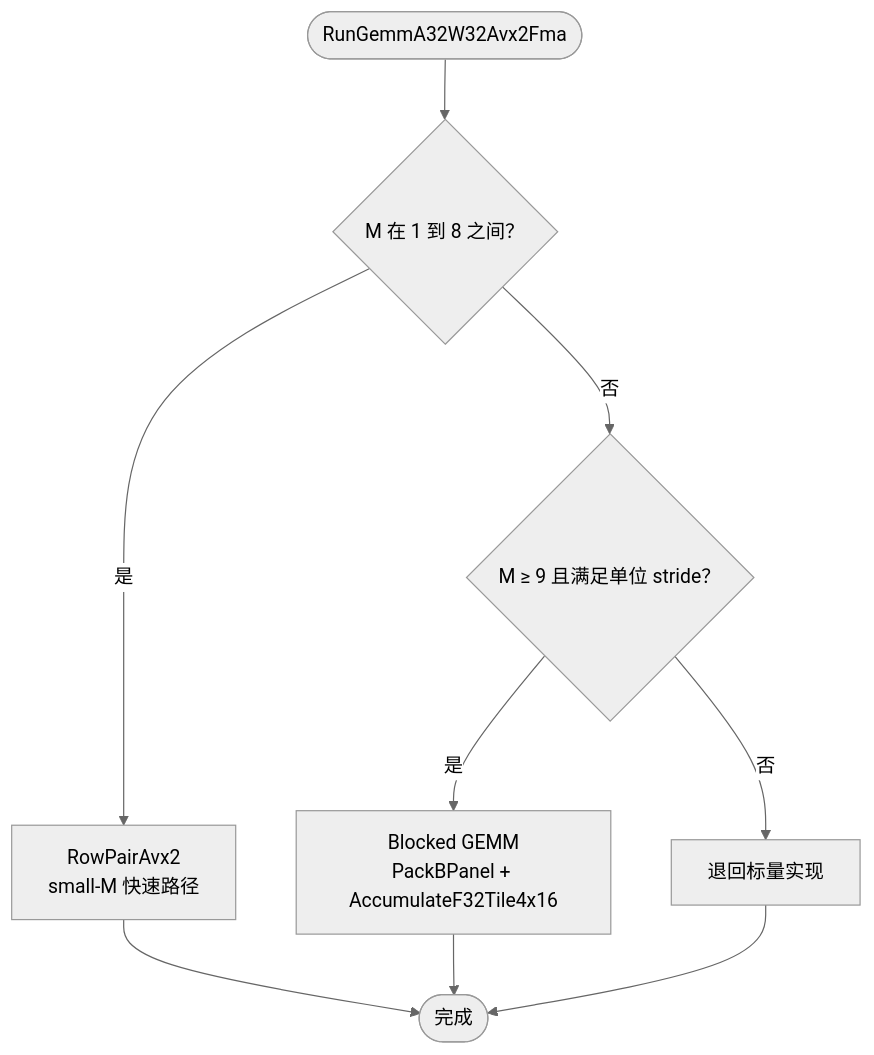
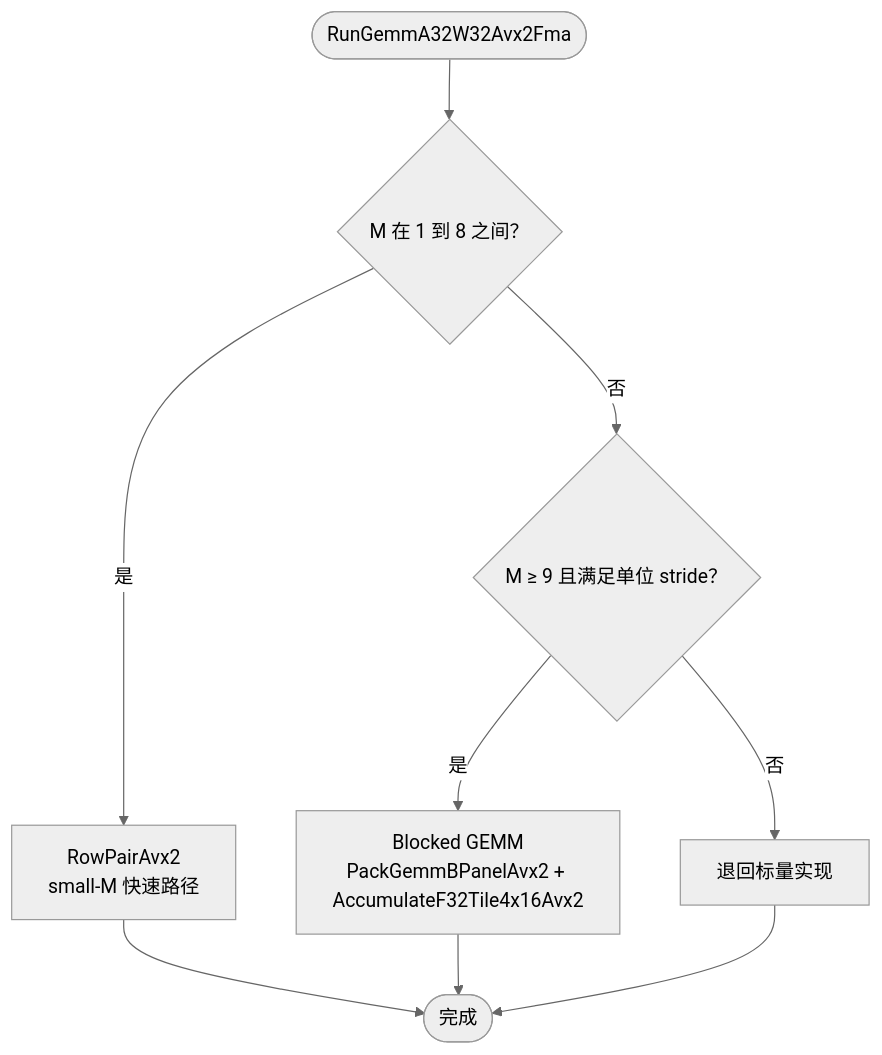
The seventh of 13 diagrams in docs/handbook/核心模块设计/算子系统 (Operators)/线性变换算子.md (fengjiran/AetherMind), drawn with Mermaid (neutral theme) before and after one commit. The commit also changed other lines of this file and 2 other files, not shown here.

Commit message:
docs: update GEMM packed-weight references

````diff
--- a/docs/handbook/核心模块设计/算子系统 (Operators)/线性变换算子.md
+++ b/docs/handbook/核心模块设计/算子系统 (Operators)/线性变换算子.md
@@ -298,11 +298,11 @@
 ```mermaid
 flowchart TD
     Enter(["RunGemmA32W32Avx2Fma"]) --> SmallM{"M 在 1 到 8 之间？"}
     SmallM -->|是| RowPair["RowPairAvx2<br/>small-M 快速路径"]
     SmallM -->|否| LargeM{"M ≥ 9 且满足单位 stride？"}
-    LargeM -->|是| Blocked["Blocked GEMM<br/>PackBPanel + AccumulateF32Tile4x16"]
+    LargeM -->|是| Blocked["Blocked GEMM<br/>PackGemmBPanelAvx2 + AccumulateF32Tile4x16Avx2"]
     LargeM -->|否| ScalarFallback["退回标量实现"]
     RowPair --> Done(["完成"])
     Blocked --> Done
     ScalarFallback --> Done
 ```
````
